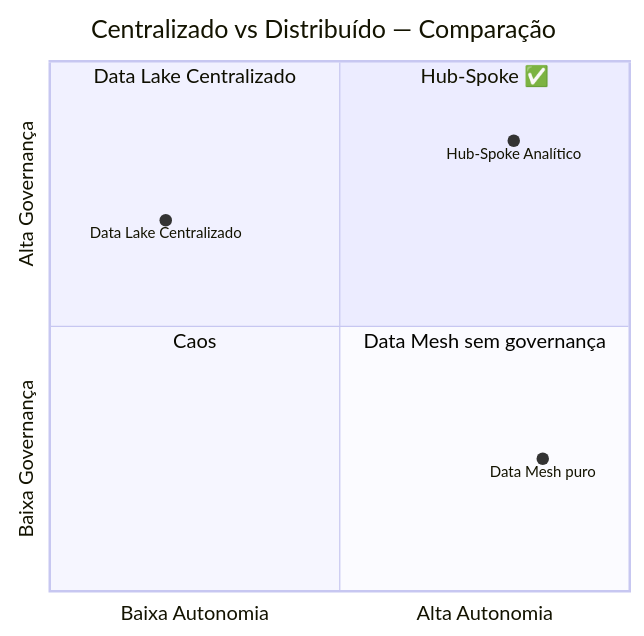
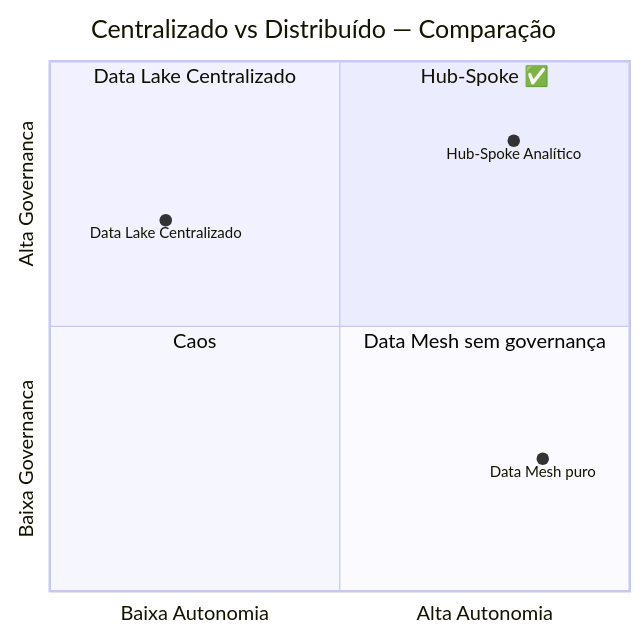
Before and after one commit to brunnoorpinelli/hubspoke: diagram 15 of 15 in arquitetura-hubspoke.md, drawn with Mermaid.

Commit message:
fix: corrige erro de parsing no quadrantChart removendo cedilha do y-axis
O parser do Mermaid não aceita 'ç' nos labels de eixo do quadrantChart.

https://claude.ai/code/session_01EJLCB64bHAoj5VaZp6pCqP

````diff
--- a/arquitetura-hubspoke.md
+++ b/arquitetura-hubspoke.md
@@ -663,13 +663,13 @@
 ```mermaid
 quadrantChart
     title Centralizado vs Distribuído — Comparação
     x-axis Baixa Autonomia --> Alta Autonomia
-    y-axis Baixa Governança --> Alta Governança
+    y-axis Baixa Governanca --> Alta Governanca
     quadrant-1 Hub-Spoke ✅
     quadrant-2 Data Lake Centralizado
     quadrant-3 Caos
     quadrant-4 Data Mesh sem governança
     Hub-Spoke Analítico: [0.80, 0.85]
     Data Lake Centralizado: [0.20, 0.70]
     Data Mesh puro: [0.85, 0.25]
 ```
````
